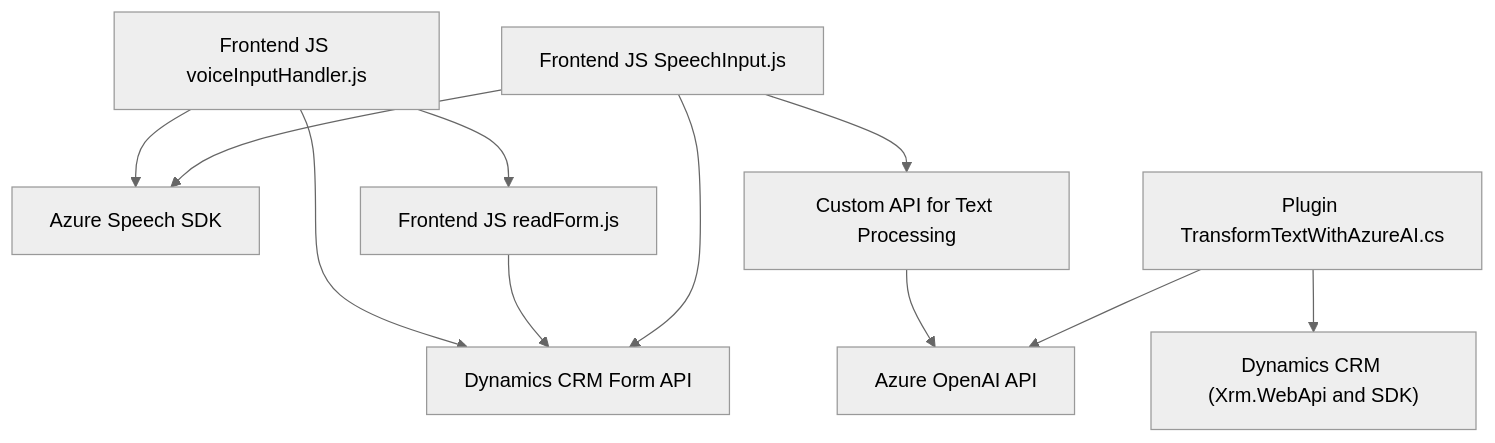
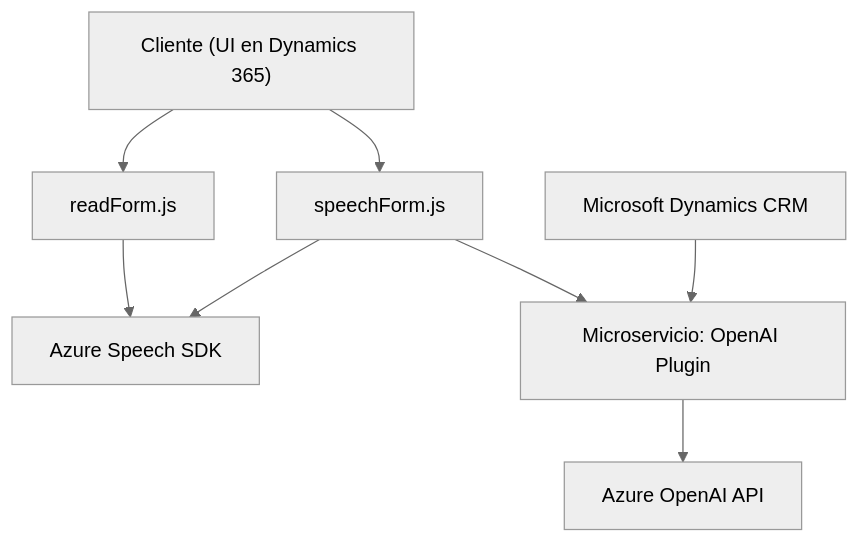
Before and after one commit to blopezdm/NETCORE_BILBAO2025: the diagram in README.md, drawn with Mermaid (neutral theme). The commit also changed other lines of this file, not shown here.

````diff
--- a/README.md
+++ b/README.md
@@ -43,13 +45,18 @@
 ```mermaid
 graph TD
-    A["Frontend JS voiceInputHandler.js"] --> B["Azure Speech SDK"]
-    A --> C["Dynamics CRM Form API"]
-    A --> D["Frontend JS readForm.js"]
-    D --> C
-    E["Frontend JS SpeechInput.js"] --> B
-    E --> C
-    E --> F["Custom API for Text Processing"]
-    F --> G["Azure OpenAI API"]
-    H["Plugin TransformTextWithAzureAI.cs"] --> G
-    H --> I["Dynamics CRM (Xrm.WebApi and SDK)"]
+    A["Cliente (UI en Dynamics 365)"]
+    B["readForm.js"]
+    C["speechForm.js"]
+    D["Azure Speech SDK"]
+    E["Microservicio: OpenAI Plugin"]
+    F["Microsoft Dynamics CRM"]
+    G["Azure OpenAI API"]
+
+    A --> B
+    A --> C
+    B --> D
+    C --> D
+    C --> E
+    F --> E
+    E --> G
 ```
````
